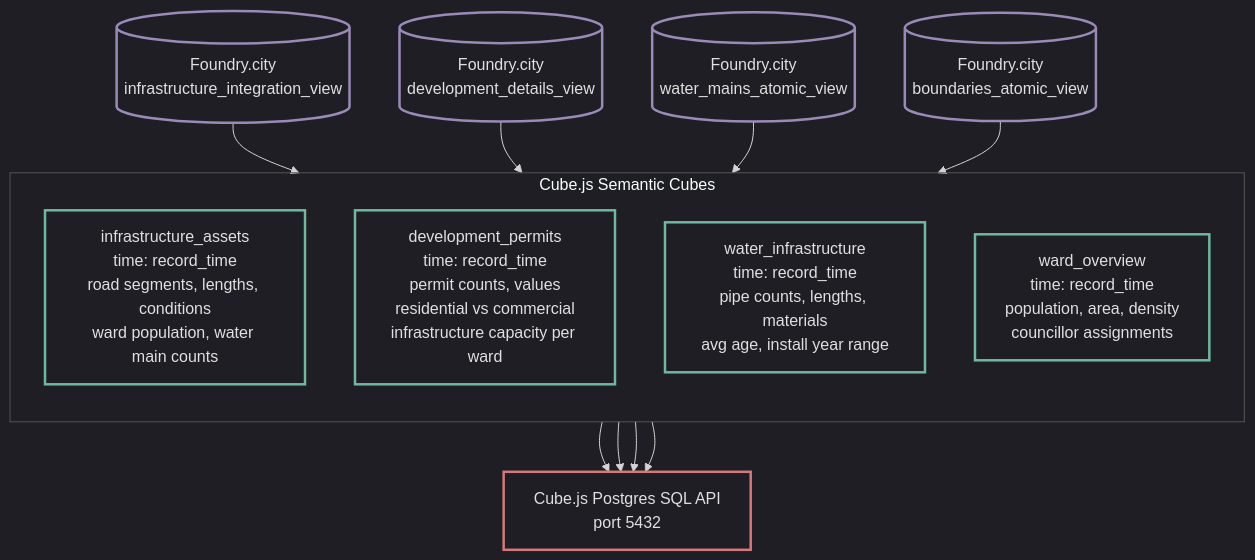
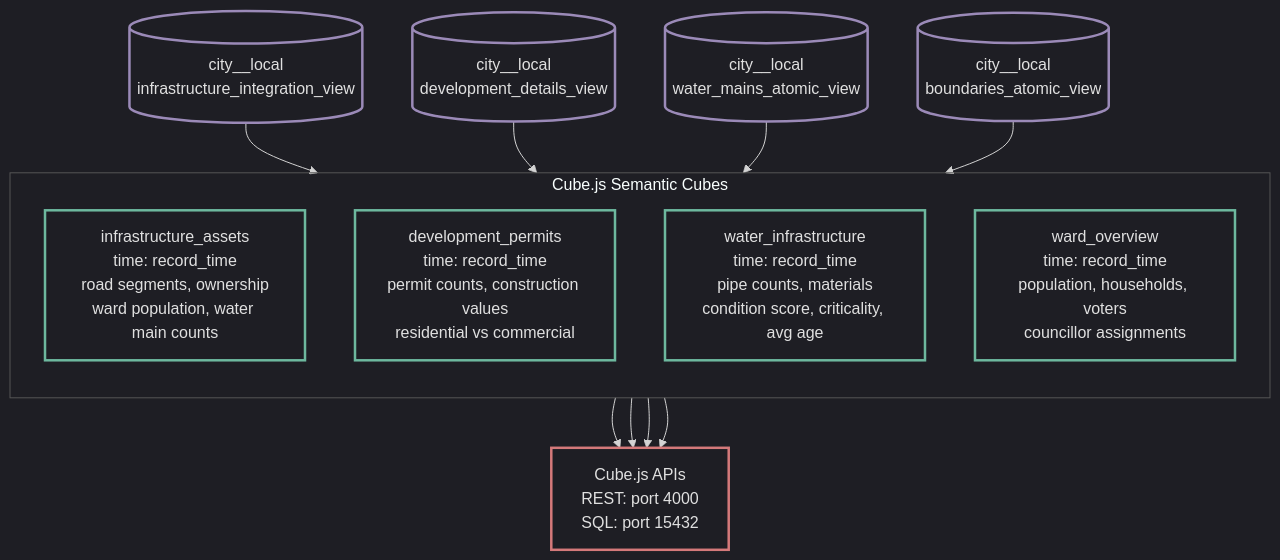
One commit to MetricForge-Analytics-Inc/MetricForge-City-Foundation changed the fifth of 9 diagrams in Documentation/Architecture/system-architecture.md. Above: the diagram before and after it, drawn with Mermaid. The commit also changed other lines of this file and 3 other files, not shown here.

First line of the commit message:
docs: update all documentation to reflect current architecture

````diff
--- a/Documentation/Architecture/system-architecture.md
+++ b/Documentation/Architecture/system-architecture.md
@@ -173,31 +171,31 @@
 ```mermaid
 %%{init: {'theme': 'dark', 'themeVariables': {'mainBkg': 'transparent', 'nodeBorder': '#555', 'clusterBkg': 'transparent', 'clusterBorder': '#555'}}}%%
 flowchart TD
     classDef semantic fill:none,color:#e0e0e0,stroke:#6db89e,stroke-width:2.5px
     classDef db fill:none,color:#e0e0e0,stroke:#9b8ab8,stroke-width:2.5px
     classDef config fill:none,color:#e0e0e0,stroke:#d4797a,stroke-width:2.5px
 
-    SOURCE1[("Foundry.city<br/>infrastructure_integration_view")]:::db
-    SOURCE2[("Foundry.city<br/>development_details_view")]:::db
-    SOURCE3[("Foundry.city<br/>water_mains_atomic_view")]:::db
-    SOURCE4[("Foundry.city<br/>boundaries_atomic_view")]:::db
+    SOURCE1[("city__local<br/>infrastructure_integration_view")]:::db
+    SOURCE2[("city__local<br/>development_details_view")]:::db
+    SOURCE3[("city__local<br/>water_mains_atomic_view")]:::db
+    SOURCE4[("city__local<br/>boundaries_atomic_view")]:::db
 
     subgraph CUBES ["Cube.js Semantic Cubes"]
         direction TB
-        C1["infrastructure_assets<br/>time: record_time<br/>road segments, lengths, conditions<br/>ward population, water main counts"]:::semantic
-        C2["development_permits<br/>time: record_time<br/>permit counts, values<br/>residential vs commercial<br/>infrastructure capacity per ward"]:::semantic
-        C3["water_infrastructure<br/>time: record_time<br/>pipe counts, lengths, materials<br/>avg age, install year range"]:::semantic
-        C4["ward_overview<br/>time: record_time<br/>population, area, density<br/>councillor assignments"]:::semantic
+        C1["infrastructure_assets<br/>time: record_time<br/>road segments, ownership<br/>ward population, water main counts"]:::semantic
+        C2["development_permits<br/>time: record_time<br/>permit counts, construction values<br/>residential vs commercial"]:::semantic
+        C3["water_infrastructure<br/>time: record_time<br/>pipe counts, materials<br/>condition score, criticality, avg age"]:::semantic
+        C4["ward_overview<br/>time: record_time<br/>population, households, voters<br/>councillor assignments"]:::semantic
     end
 
-    PG["Cube.js Postgres SQL API<br/>port 5432"]:::config
+    PG["Cube.js APIs<br/>REST: port 4000<br/>SQL: port 15432"]:::config
 
     SOURCE1 --> C1
     SOURCE2 --> C2
     SOURCE3 --> C3
     SOURCE4 --> C4
     C1 --> PG
     C2 --> PG
     C3 --> PG
     C4 --> PG
 ```
````
